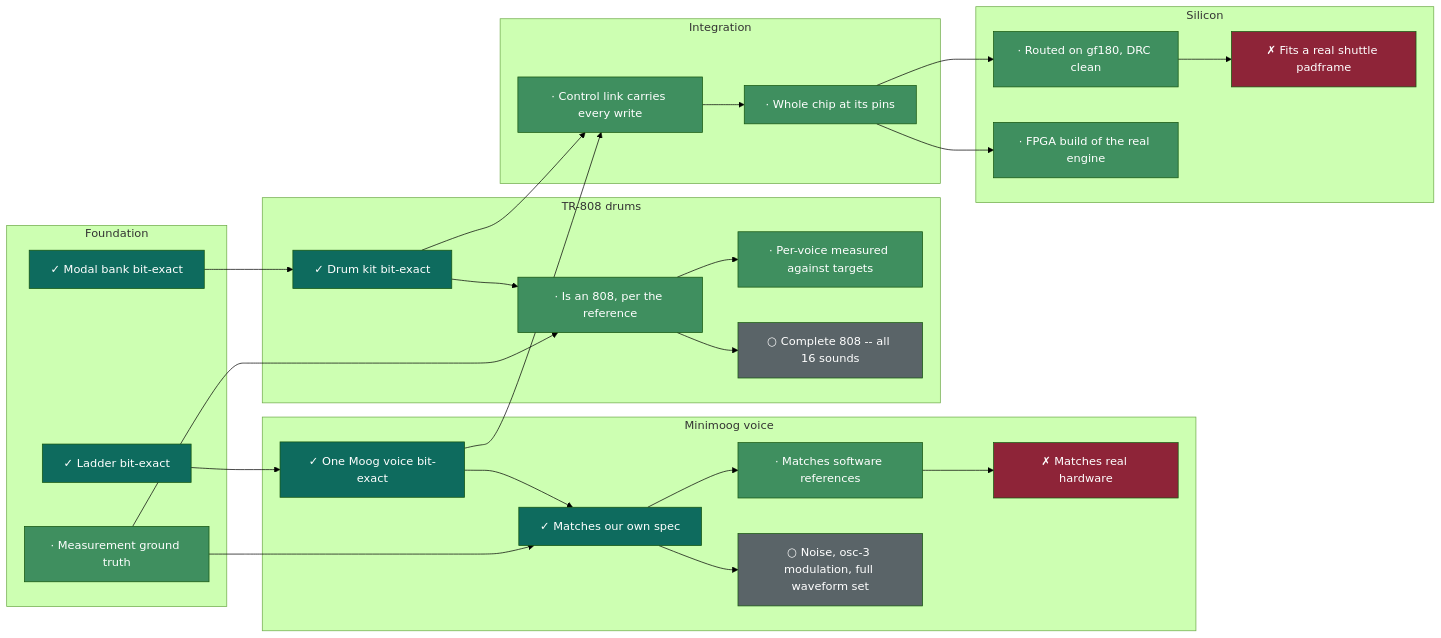
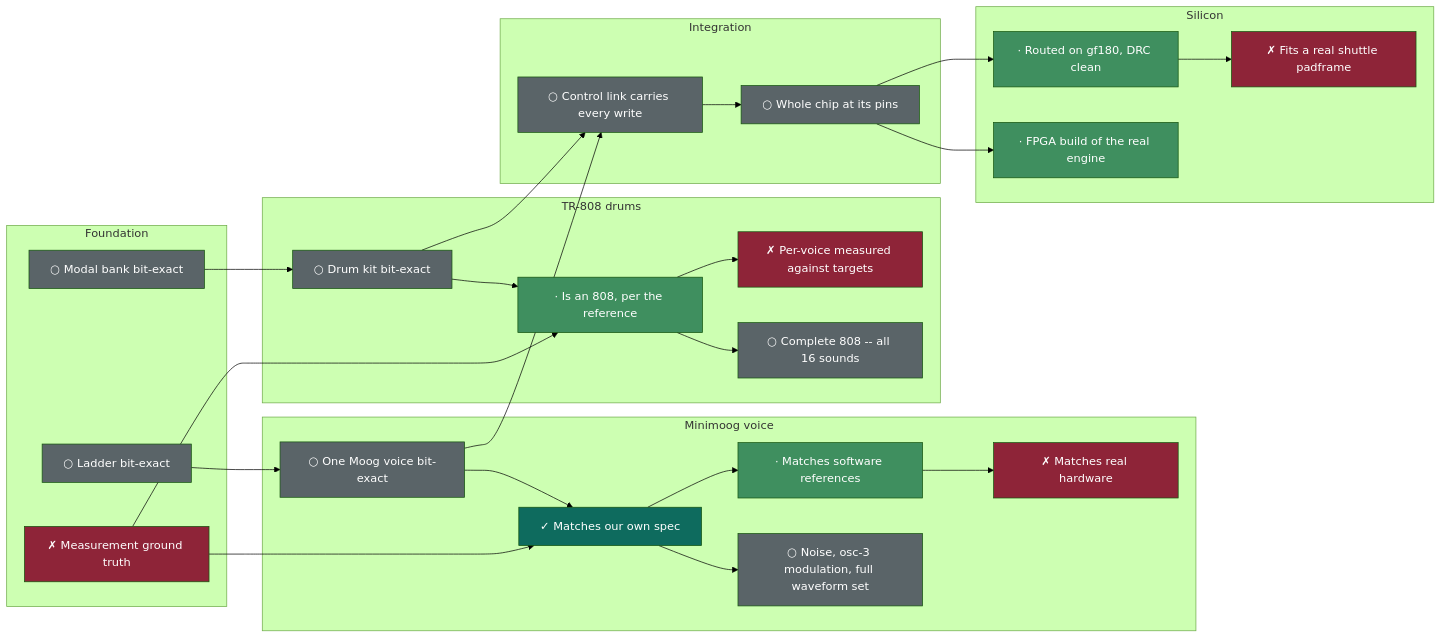
One commit to 2AMLogic/gf180-monosynth changed the diagram in README.md. Above: the diagram before and after it, drawn with Mermaid (forest theme). The commit also changed other lines of this file and 5 other files, not shown here.

````diff
--- a/README.md
+++ b/README.md
@@ -30,64 +30,64 @@
 ```mermaid
 graph LR
   subgraph foundation["Foundation"]
-    F1["✓ Ladder bit-exact"]
-    F2["✓ Modal bank bit-exact"]
-    F3["· Measurement ground truth"]
+    F1["○ Ladder bit-exact"]
+    F2["○ Modal bank bit-exact"]
+    F3["✗ Measurement ground truth"]
   end
   subgraph minimoog["Minimoog voice"]
-    M1["✓ One Moog voice bit-exact"]
+    M1["○ One Moog voice bit-exact"]
     M2["✓ Matches our own spec"]
     M3["· Matches software references"]
     M4["✗ Matches real hardware"]
     M5["○ Noise, osc-3 modulation, full waveform set"]
   end
   subgraph drums["TR-808 drums"]
-    D1["✓ Drum kit bit-exact"]
+    D1["○ Drum kit bit-exact"]
     D2["· Is an 808, per the reference"]
-    D3["· Per-voice measured against targets"]
+    D3["✗ Per-voice measured against targets"]
     D4["○ Complete 808 -- all 16 sounds"]
   end
   subgraph integration["Integration"]
-    I1["· Control link carries every write"]
-    I2["· Whole chip at its pins"]
+    I1["○ Control link carries every write"]
+    I2["○ Whole chip at its pins"]
   end
   subgraph silicon["Silicon"]
     S1["· Routed on gf180, DRC clean"]
     S2["✗ Fits a real shuttle padframe"]
     S3["· FPGA build of the real engine"]
   end
   F1 --> M1
   M1 --> M2
   F3 --> M2
   M2 --> M3
   M3 --> M4
   M2 --> M5
   F2 --> D1
   D1 --> D2
   F3 --> D2
   D2 --> D3
   D2 --> D4
   M1 --> I1
   D1 --> I1
   I1 --> I2
   I2 --> S1
   S1 --> S2
   I2 --> S3
-  style F1 fill:#0E6B5E,color:#fff
-  style F2 fill:#0E6B5E,color:#fff
-  style F3 fill:#3f8f5f,color:#fff
-  style M1 fill:#0E6B5E,color:#fff
+  style F1 fill:#5a6468,color:#fff
+  style F2 fill:#5a6468,color:#fff
+  style F3 fill:#8E2438,color:#fff
+  style M1 fill:#5a6468,color:#fff
   style M2 fill:#0E6B5E,color:#fff
   style M3 fill:#3f8f5f,color:#fff
   style M4 fill:#8E2438,color:#fff
   style M5 fill:#5a6468,color:#fff
-  style D1 fill:#0E6B5E,color:#fff
+  style D1 fill:#5a6468,color:#fff
   style D2 fill:#3f8f5f,color:#fff
-  style D3 fill:#3f8f5f,color:#fff
+  style D3 fill:#8E2438,color:#fff
   style D4 fill:#5a6468,color:#fff
-  style I1 fill:#3f8f5f,color:#fff
-  style I2 fill:#3f8f5f,color:#fff
+  style I1 fill:#5a6468,color:#fff
+  style I2 fill:#5a6468,color:#fff
   style S1 fill:#3f8f5f,color:#fff
   style S2 fill:#8E2438,color:#fff
   style S3 fill:#3f8f5f,color:#fff
 ```
````
